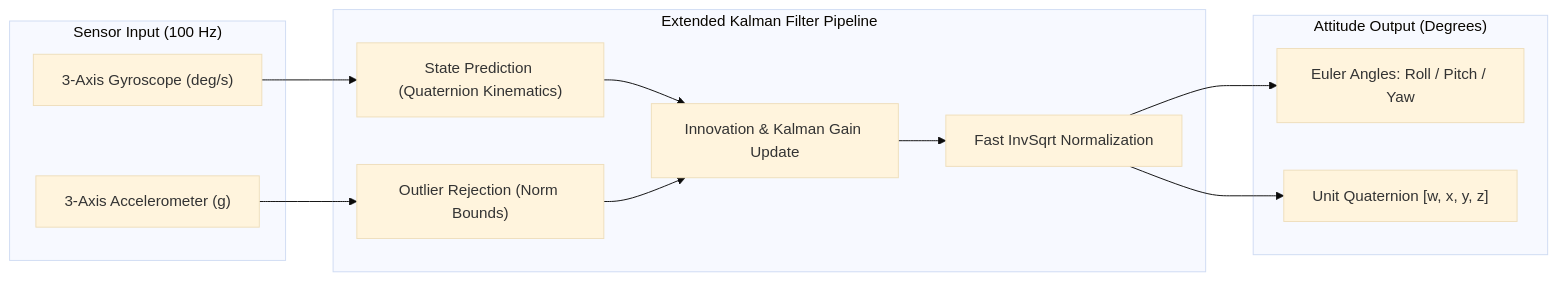
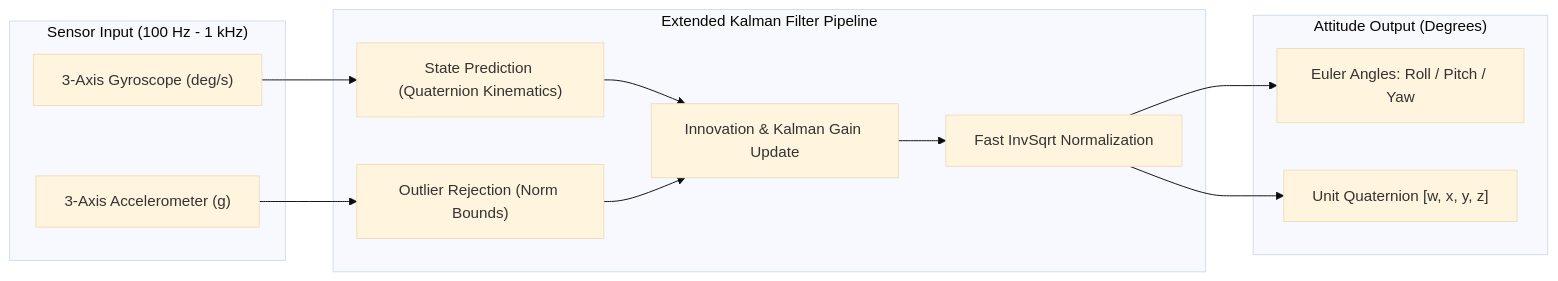
The diagram in README.md (mandadapuherambeswar-ux/Embedded-DSP-Sensor-Fusion-Kalman), drawn with Mermaid (base theme) before and after one commit. The commit also changed other lines of this file and 2 other files, not shown here.

Commit message:
Add detailed hardware circuit diagrams, pinout matrices, and peripheral drivers

````diff
--- a/README.md
+++ b/README.md
@@ -14,27 +51,27 @@
 ```mermaid
 graph LR
-    subgraph Sensors ["Sensor Input (100 Hz)"]
+    subgraph Sensors ["Sensor Input (100 Hz - 1 kHz)"]
         G["3-Axis Gyroscope (deg/s)"]
         A["3-Axis Accelerometer (g)"]
     end
 
     subgraph EKF ["Extended Kalman Filter Pipeline"]
         P["State Prediction (Quaternion Kinematics)"]
         O["Outlier Rejection (Norm Bounds)"]
         K["Innovation & Kalman Gain Update"]
         N["Fast InvSqrt Normalization"]
     end
 
     subgraph Output ["Attitude Output (Degrees)"]
         E["Euler Angles: Roll / Pitch / Yaw"]
         Q["Unit Quaternion [w, x, y, z]"]
     end
 
     G --> P
     P --> K
     A --> O
     O --> K
     K --> N
     N --> E
     N --> Q
 ```
````
